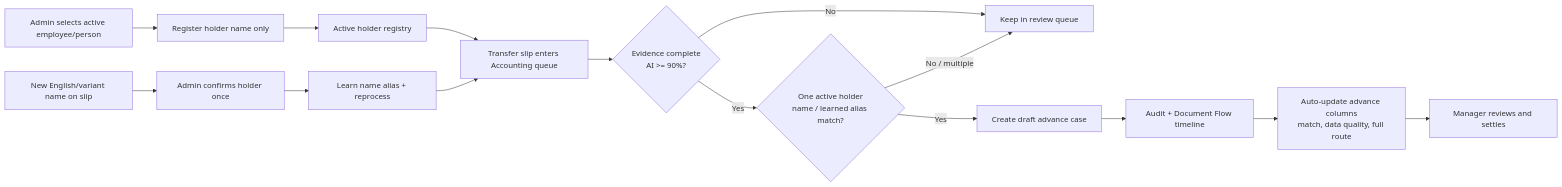
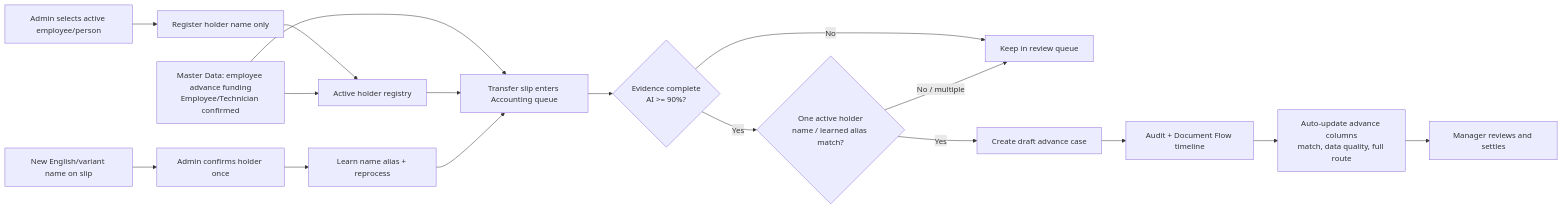
One commit to paramonjong-afk/WisdomAI changed the diagram in docs/ADVANCE_HOLDER_REGISTRY_FLOW.md. Above: the diagram before and after it, drawn with Mermaid. The commit also changed other lines of this file and 14 other files, not shown here.

Commit message:
feat: record employee advance funding without project

````diff
--- a/docs/ADVANCE_HOLDER_REGISTRY_FLOW.md
+++ b/docs/ADVANCE_HOLDER_REGISTRY_FLOW.md
@@ -7,17 +7,19 @@
 ```mermaid
 flowchart LR
   A[Admin selects active employee/person] --> B[Register holder name only]
   B --> C[Active holder registry]
+  P[Master Data: employee advance funding\nEmployee/Technician confirmed] --> C
+  P --> G
   D[New English/variant name on slip] --> E[Admin confirms holder once]
   E --> F[Learn name alias + reprocess]
   C --> G[Transfer slip enters Accounting queue]
   F --> G
   G --> H{Evidence complete\nAI >= 90%?}
   H -->|No| I[Keep in review queue]
   H -->|Yes| J{One active holder\nname / learned alias match?}
   J -->|Yes| K[Create draft advance case]
   J -->|No / multiple| I
   K --> L[Audit + Document Flow timeline]
   L --> N[Auto-update advance columns\nmatch, data quality, full route]
   N --> M[Manager reviews and settles]
 ```
````
